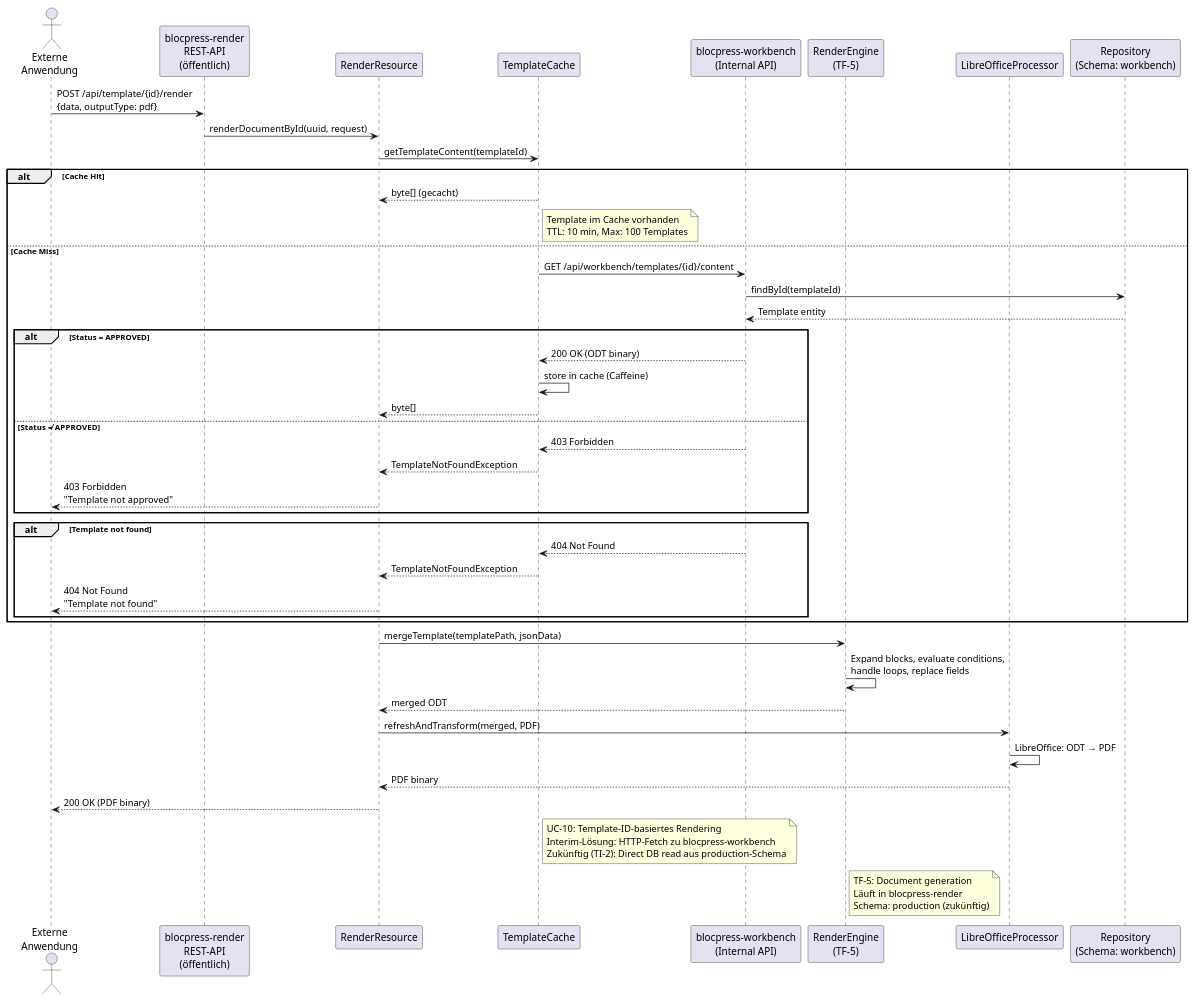
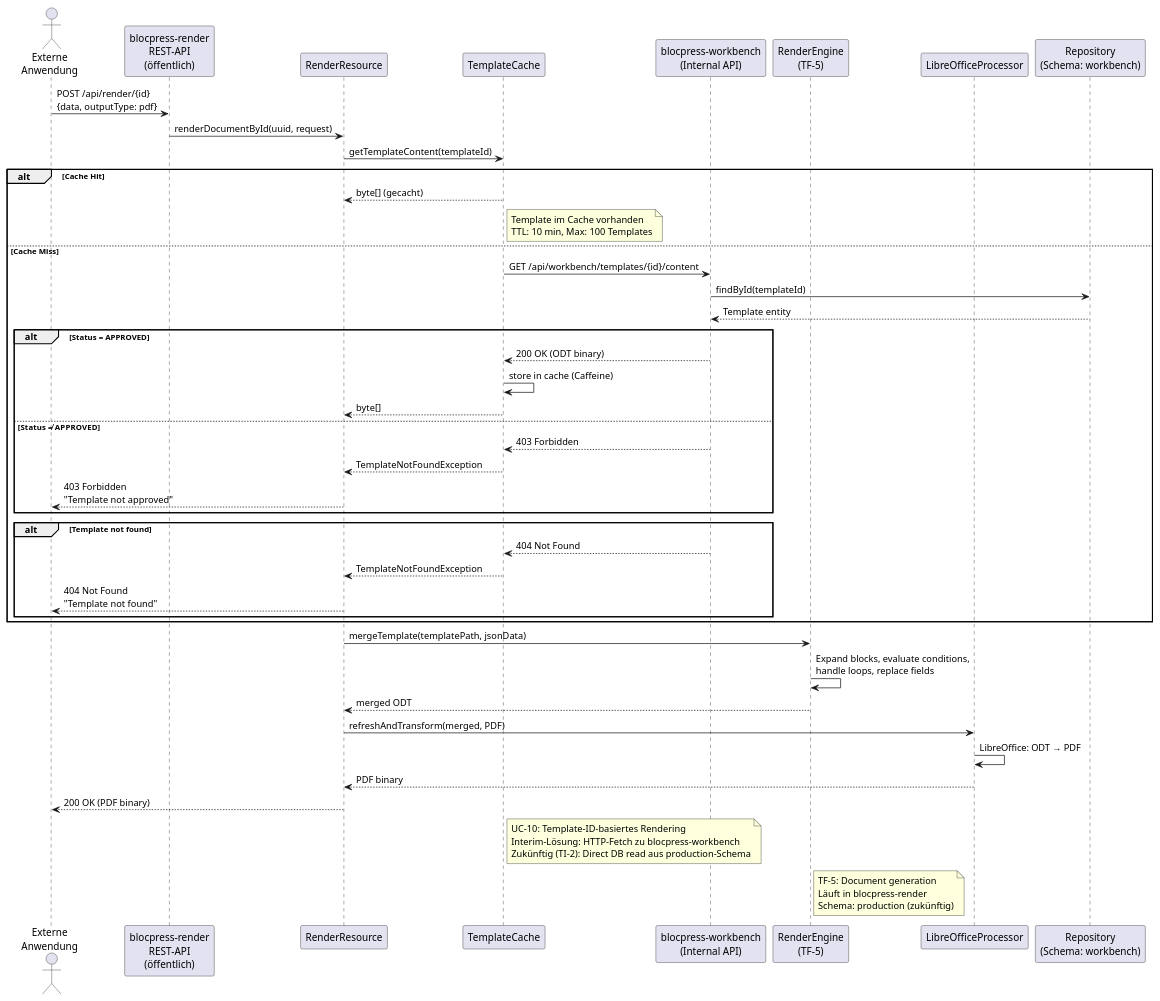
Before and after one commit to flaechsig/blocpress: the ninth of 18 diagrams in docs/specification/arc42.adoc, drawn with PlantUML. The commit also changed 4 other files, not shown here.

First line of the commit message:
refactor: Change UC-10 endpoint from POST /template/{id}/render to POST /render/{id}

```diff
--- a/docs/specification/arc42.adoc
+++ b/docs/specification/arc42.adoc
@@ -945,65 +945,65 @@
 [plantuml, laufzeit-template-id-rendering, svg]
 ----
 @startuml
 actor "Externe\nAnwendung" as App
 participant "blocpress-render\nREST-API\n(öffentlich)" as Render
 participant "RenderResource" as Resource
 participant "TemplateCache" as Cache
 participant "blocpress-workbench\n(Internal API)" as Workbench
 participant "RenderEngine\n(TF-5)" as Engine
 participant "LibreOfficeProcessor" as LO
 participant "Repository\n(Schema: workbench)" as Repo
 
-App -> Render : POST /api/template/{id}/render\n{data, outputType: pdf}
+App -> Render : POST /api/render/{id}\n{data, outputType: pdf}
 Render -> Resource : renderDocumentById(uuid, request)
 Resource -> Cache : getTemplateContent(templateId)
 
 alt Cache Hit
     Cache --> Resource : byte[] (gecacht)
     note right of Cache
         Template im Cache vorhanden
         TTL: 10 min, Max: 100 Templates
     end note
 else Cache Miss
     Cache -> Workbench : GET /api/workbench/templates/{id}/content
     Workbench -> Repo : findById(templateId)
     Repo --> Workbench : Template entity
 
     alt Status = APPROVED
         Workbench --> Cache : 200 OK (ODT binary)
         Cache -> Cache : store in cache (Caffeine)
         Cache --> Resource : byte[]
     else Status ≠ APPROVED
         Workbench --> Cache : 403 Forbidden
         Cache --> Resource : TemplateNotFoundException
         Resource --> App : 403 Forbidden\n"Template not approved"
     end alt
 
     alt Template not found
         Workbench --> Cache : 404 Not Found
         Cache --> Resource : TemplateNotFoundException
         Resource --> App : 404 Not Found\n"Template not found"
     end alt
 end alt
 
 Resource -> Engine : mergeTemplate(templatePath, jsonData)
 Engine -> Engine : Expand blocks, evaluate conditions,\nhandle loops, replace fields
 Engine --> Resource : merged ODT
 Resource -> LO : refreshAndTransform(merged, PDF)
 LO -> LO : LibreOffice: ODT → PDF
 LO --> Resource : PDF binary
 Resource --> App : 200 OK (PDF binary)
 
 note right of Cache
     UC-10: Template-ID-basiertes Rendering
     Interim-Lösung: HTTP-Fetch zu blocpress-workbench
     Zukünftig (TI-2): Direct DB read aus production-Schema
 end note
 
 note right of Engine
     TF-5: Document generation
     Läuft in blocpress-render
     Schema: production (zukünftig)
 end note
 @enduml
 ----
```
